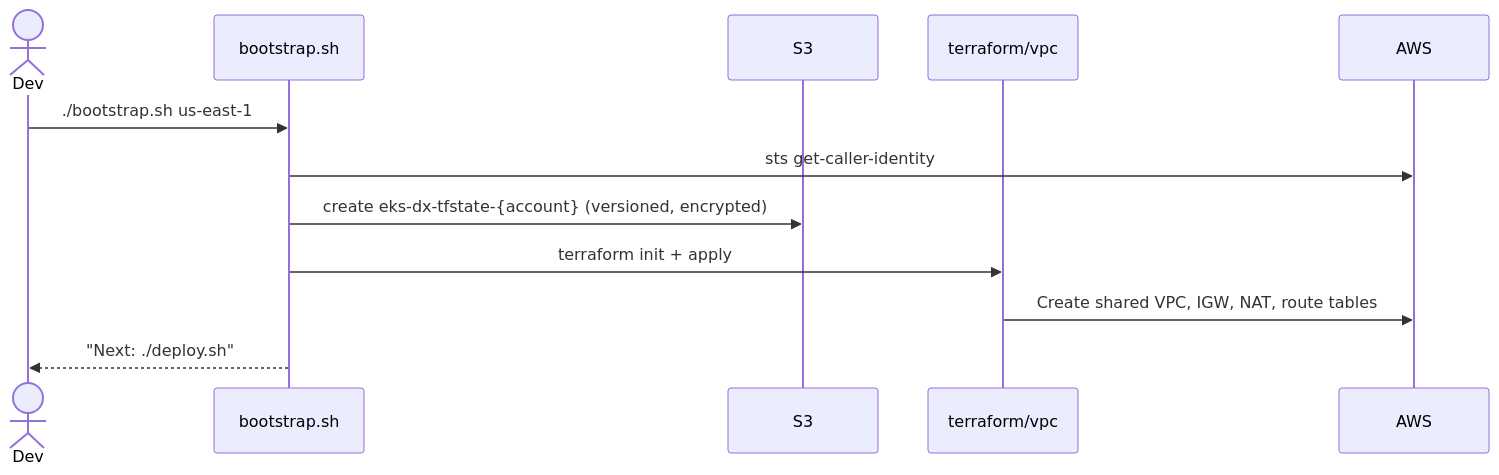
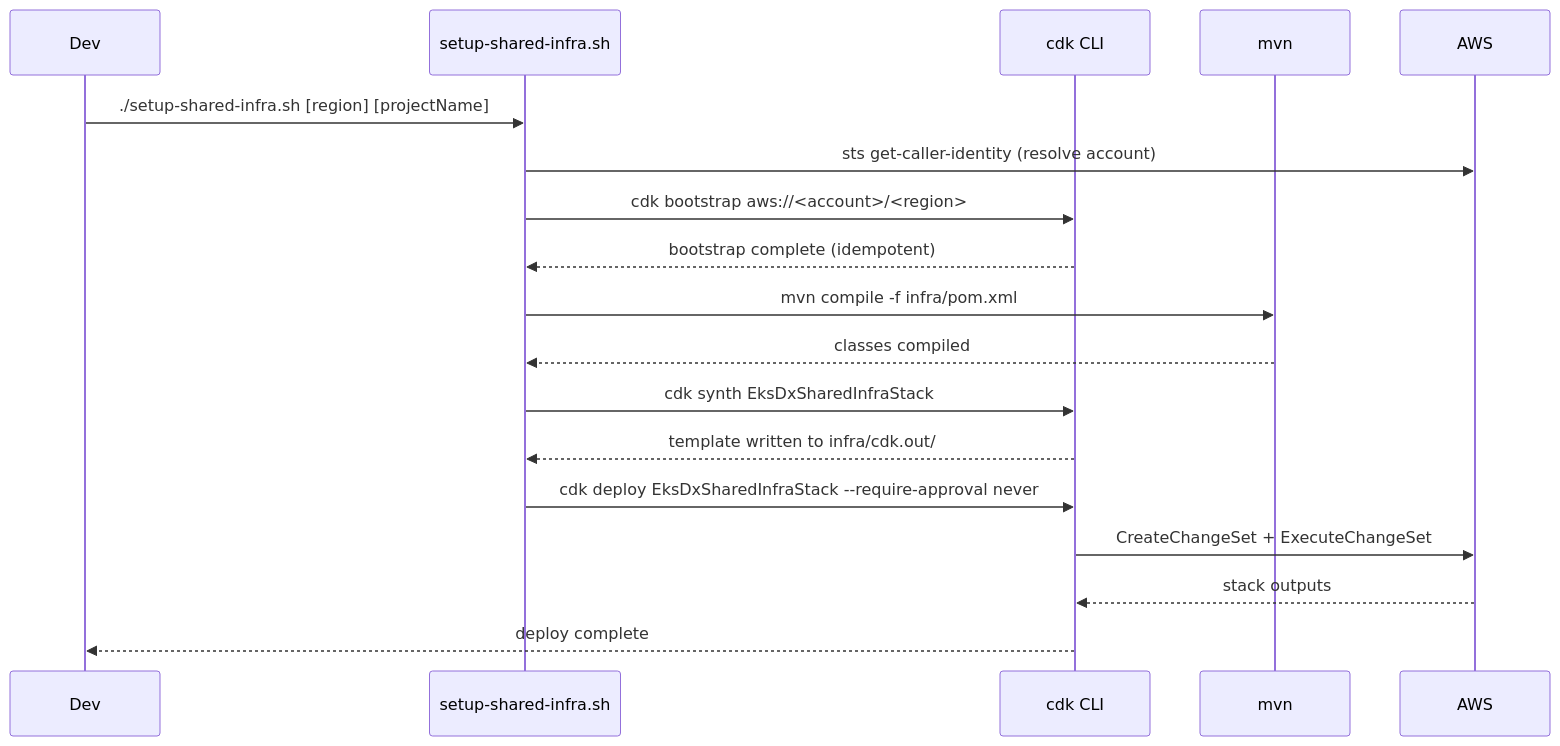
Before and after one commit to codriverlabs/express-compute-managed-k8s-infra: the first of 3 diagrams in .agents/summary/workflows.md, drawn with Mermaid. The commit also changed other lines of this file and 9 other files, not shown here.

Commit message:
docs: refresh .agents/summary and AGENTS.md for CDK-based infra

````diff
--- a/.agents/summary/workflows.md
+++ b/.agents/summary/workflows.md
@@ -5,15 +5,21 @@
 ```mermaid
 sequenceDiagram
-    actor Dev
-    participant bootstrap.sh
-    participant S3
-    participant TF as terraform/vpc
+    participant Dev
+    participant Script as setup-shared-infra.sh
+    participant CDK as cdk CLI
+    participant Maven as mvn
     participant AWS
 
-    Dev->>bootstrap.sh: ./bootstrap.sh us-east-1
-    bootstrap.sh->>AWS: sts get-caller-identity
-    bootstrap.sh->>S3: create eks-dx-tfstate-{account} (versioned, encrypted)
-    bootstrap.sh->>TF: terraform init + apply
-    TF->>AWS: Create shared VPC, IGW, NAT, route tables
-    bootstrap.sh-->>Dev: "Next: ./deploy.sh"
+    Dev->>Script: ./setup-shared-infra.sh [region] [projectName]
+    Script->>AWS: sts get-caller-identity (resolve account)
+    Script->>CDK: cdk bootstrap aws://<account>/<region>
+    CDK-->>Script: bootstrap complete (idempotent)
+    Script->>Maven: mvn compile -f infra/pom.xml
+    Maven-->>Script: classes compiled
+    Script->>CDK: cdk synth EksDxSharedInfraStack
+    CDK-->>Script: template written to infra/cdk.out/
+    Script->>CDK: cdk deploy EksDxSharedInfraStack --require-approval never
+    CDK->>AWS: CreateChangeSet + ExecuteChangeSet
+    AWS-->>CDK: stack outputs
+    CDK-->>Dev: deploy complete
 ```
````
